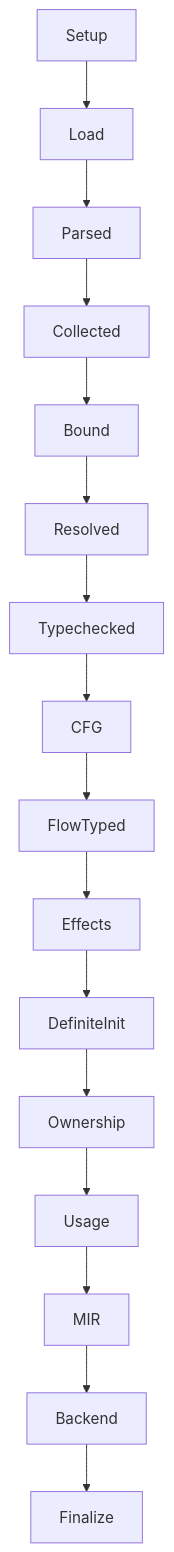
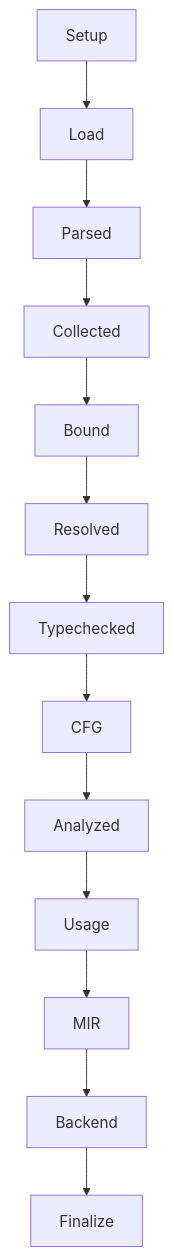
The fourth of 8 diagrams in Code-tour.md (PeeperLanguage/compiler), drawn with Mermaid before and after one commit. The commit also changed other lines of this file, not shown here.

````diff
--- a/Code-tour.md
+++ b/Code-tour.md
@@ -129,7 +130,7 @@
 ```mermaid
 flowchart TD
     Setup --> Load --> Parsed --> Collected --> Bound --> Resolved
-    Resolved --> Typechecked --> CFG --> FlowTyped
-    FlowTyped --> Effects --> DefiniteInit --> Ownership --> Usage
+    Resolved --> Typechecked --> CFG --> Analyzed
+    Analyzed --> Usage
     Usage --> MIR --> Backend --> Finalize
 ```
````
